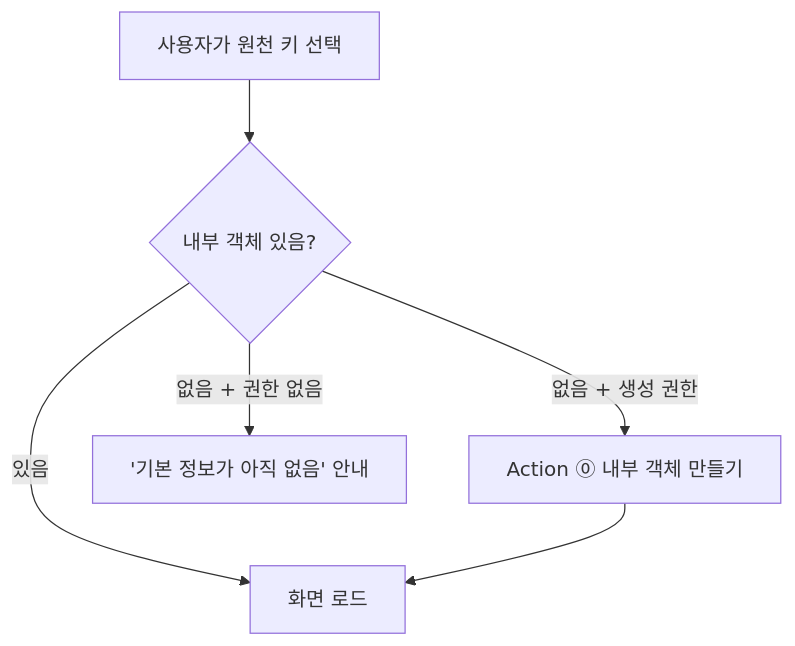
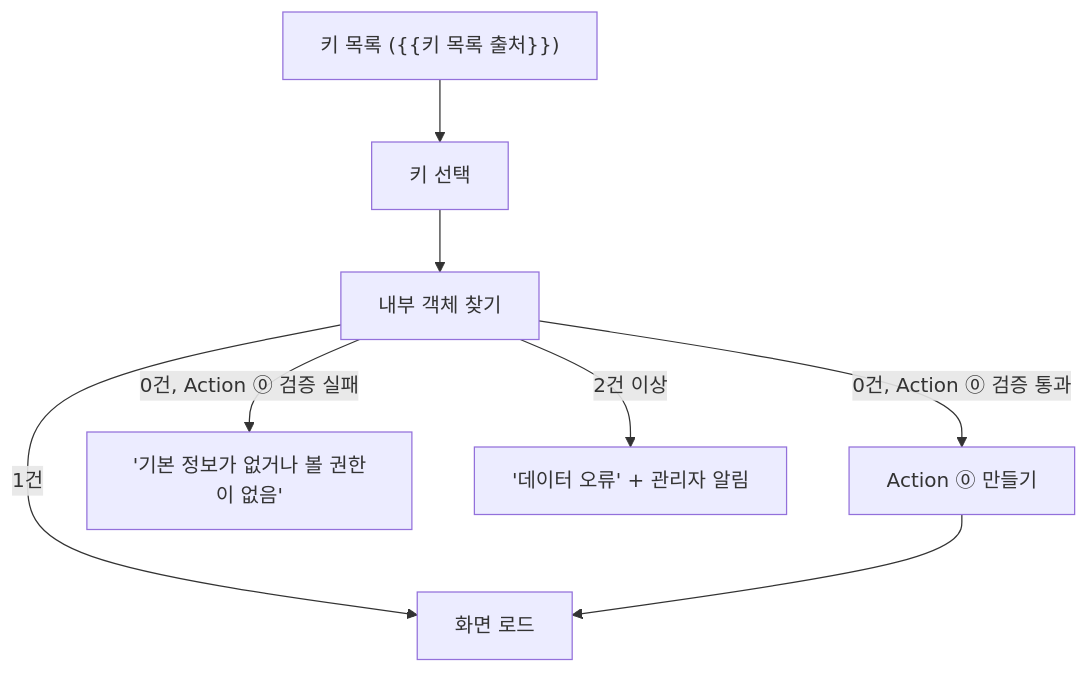
Before and after one commit to KangSage/foundry-action-concurrency-poc: the first of 2 diagrams in docs/design/basic-info-ui.md, drawn with Mermaid. The commit also changed other lines of this file and 2 other files, not shown here.

First line of the commit message:
docs(design): 페르소나 검증 1차 반영 — 전제조건, Action R, 판정표 정리

````diff
--- a/docs/design/basic-info-ui.md
+++ b/docs/design/basic-info-ui.md
@@ -22,7 +44,9 @@
 ```mermaid
 flowchart TD
-  SEL["사용자가 원천 키 선택"] --> Q{"내부 객체 있음?"}
-  Q -->|있음| LOAD["화면 로드"]
-  Q -->|없음 + 생성 권한| NEW["Action ⓪ 내부 객체 만들기"] --> LOAD
-  Q -->|없음 + 권한 없음| EMPTY["'기본 정보가 아직 없음' 안내"]
+  LIST["키 목록 ({{키 목록 출처}})"] --> SEL["키 선택"]
+  SEL --> FIND["내부 객체 찾기"]
+  FIND -->|1건| LOAD["화면 로드"]
+  FIND -->|0건, Action ⓪ 검증 통과| NEW["Action ⓪ 만들기"] --> LOAD
+  FIND -->|0건, Action ⓪ 검증 실패| EMPTY["'기본 정보가 없거나 볼 권한이 없음'"]
+  FIND -->|2건 이상| ERR["'데이터 오류' + 관리자 알림"]
 ```
````
